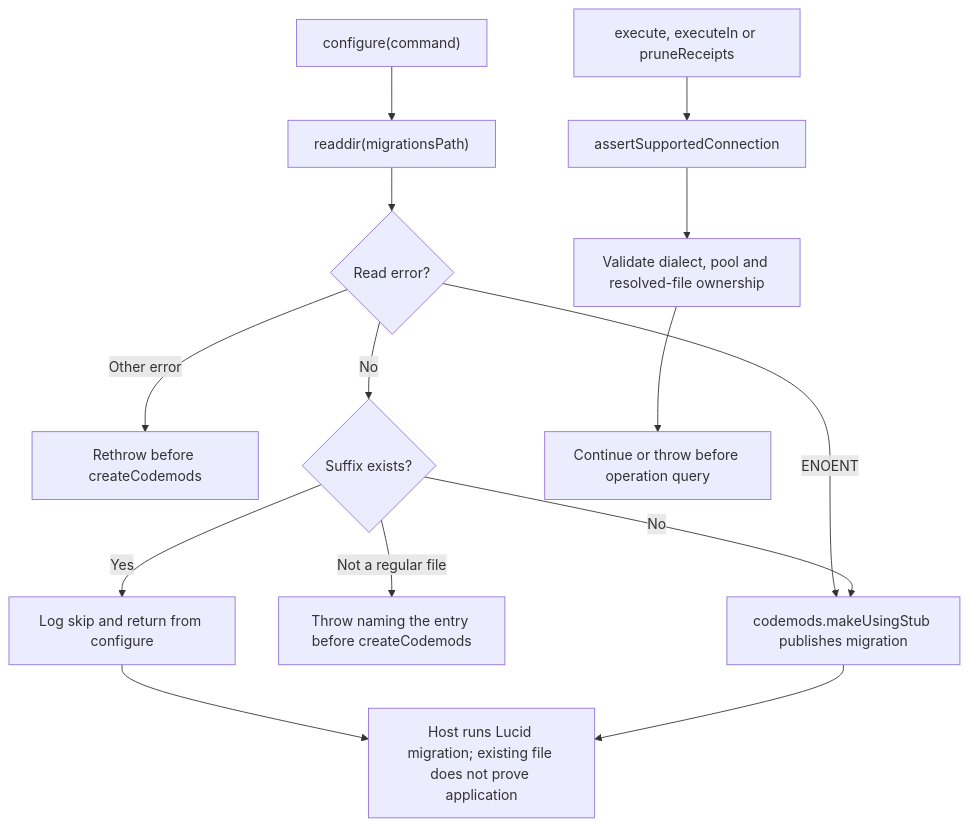
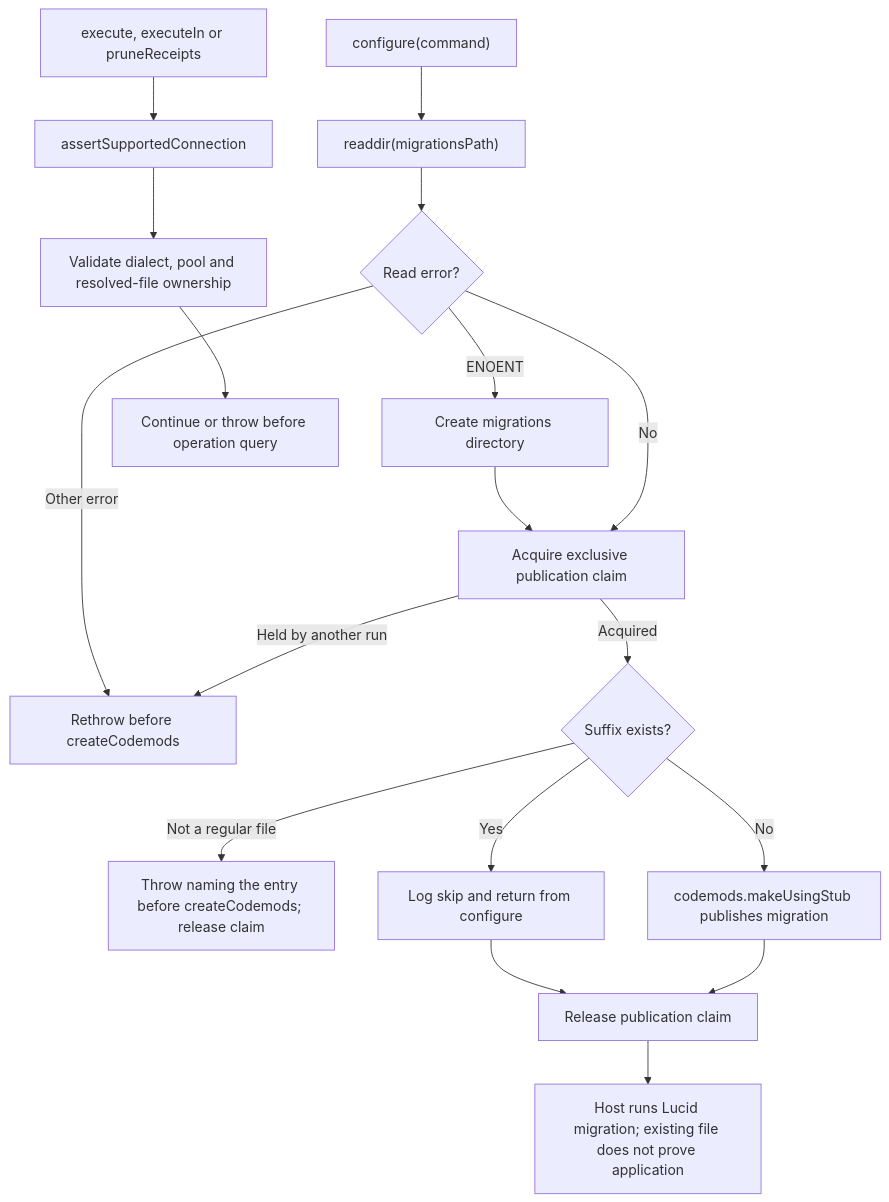
The second of 2 diagrams in user-stories/US-GUARD-04-operate-receipts.md (Kevinjohn/oss-adonisjs-duplicate-request-guard), drawn with Mermaid before and after one commit. The commit also changed other lines of this file and 37 other files, not shown here.

````diff
--- a/user-stories/US-GUARD-04-operate-receipts.md
+++ b/user-stories/US-GUARD-04-operate-receipts.md
@@ -46,16 +50,20 @@
 ```mermaid
 flowchart TD
     A["configure(command)"] --> B["readdir(migrationsPath)"]
     B --> R{"Read error?"}
-    R -->|ENOENT| E
+    R -->|ENOENT| K["Create migrations directory"]
+    K --> L["Acquire exclusive publication claim"]
     R -->|Other error| X["Rethrow before createCodemods"]
-    R -->|No| C{"Suffix exists?"}
-    C -->|Not a regular file| Y["Throw naming the entry before createCodemods"]
+    R -->|No| L
+    L -->|Held by another run| X
+    L -->|Acquired| C{"Suffix exists?"}
+    C -->|Not a regular file| Y["Throw naming the entry before createCodemods; release claim"]
     C -->|Yes| D["Log skip and return from configure"]
-    D --> F
+    D --> T["Release publication claim"]
     C -->|No| E["codemods.makeUsingStub publishes migration"]
-    E --> F["Host runs Lucid migration; existing file does not prove application"]
+    E --> T
+    T --> F["Host runs Lucid migration; existing file does not prove application"]
     G["execute, executeIn or pruneReceipts"] --> H["assertSupportedConnection"]
     H --> I["Validate dialect, pool and resolved-file ownership"]
     I --> J["Continue or throw before operation query"]
 ```
````
